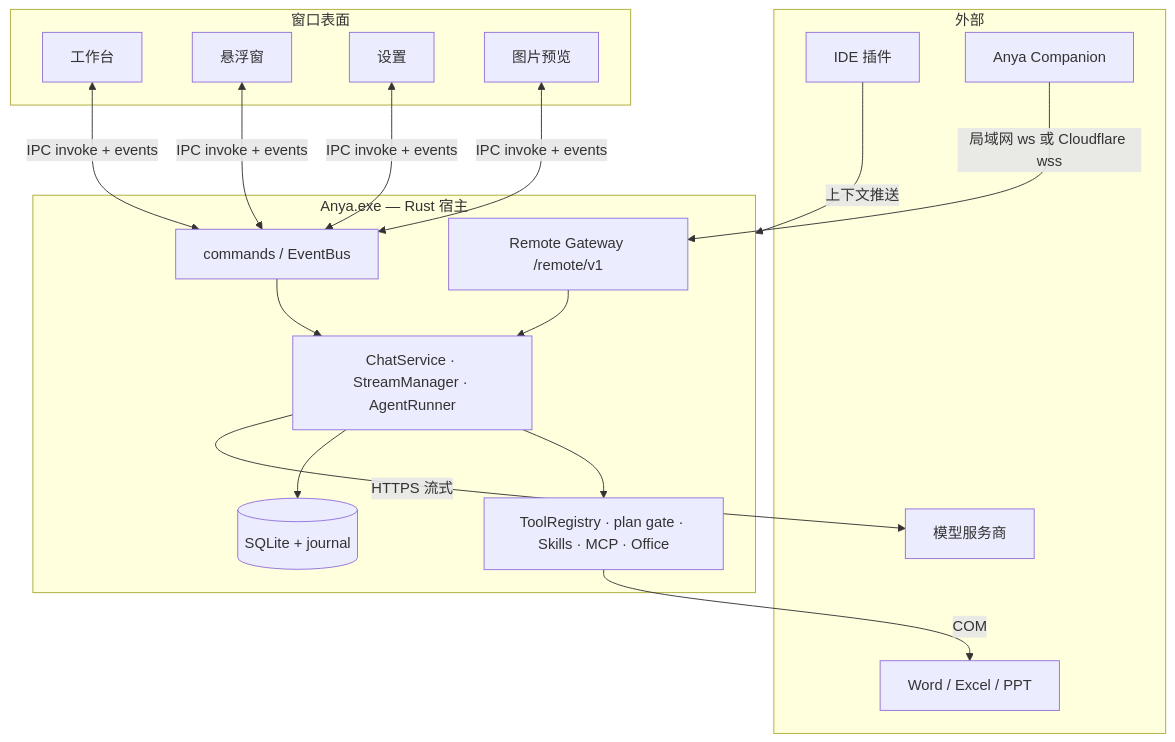
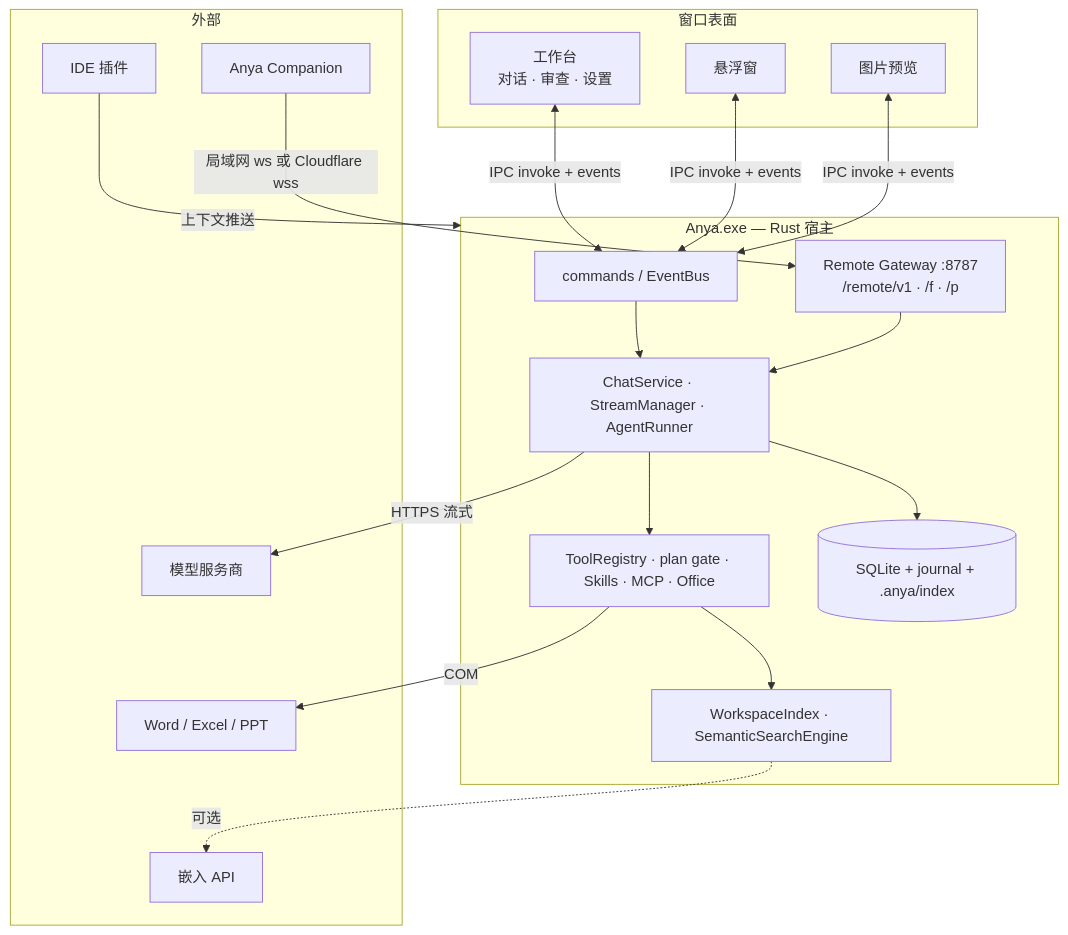
The second of 2 diagrams in README.zh-CN.md (rururunu/Anya), drawn with Mermaid before and after one commit. The commit also changed other lines of this file and 86 other files, not shown here.

````diff
--- a/README.zh-CN.md
+++ b/README.zh-CN.md
@@ -215,34 +218,37 @@
 ```mermaid
 flowchart TB
   subgraph Surfaces["窗口表面"]
-    WB[工作台]
+    WB["工作台<br/>对话 · 审查 · 设置"]
     OV[悬浮窗]
-    ST[设置]
     PV[图片预览]
   end
 
   subgraph Host["Anya.exe — Rust 宿主"]
     CMD[commands / EventBus]
     CHAT[ChatService · StreamManager · AgentRunner]
     TOOLS[ToolRegistry · plan gate · Skills · MCP · Office]
-    GW[Remote Gateway /remote/v1]
-    STORE[(SQLite + journal)]
+    RAG[WorkspaceIndex · SemanticSearchEngine]
+    GW["Remote Gateway :8787<br/>/remote/v1 · /f · /p"]
+    STORE[(SQLite + journal + .anya/index)]
   end
 
   subgraph External["外部"]
     LLM[模型服务商]
+    EMB[嵌入 API]
     IDE[IDE 插件]
     OFFICE[Word / Excel / PPT]
     PH[Anya Companion]
   end
 
-  WB & OV & ST & PV <-->|IPC invoke + events| CMD
+  WB & OV & PV <-->|IPC invoke + events| CMD
   CMD --> CHAT
   CHAT --> TOOLS
+  TOOLS --> RAG
+  RAG -.->|可选| EMB
   CHAT --> STORE
   GW --> CHAT
   CHAT -->|HTTPS 流式| LLM
   IDE -->|上下文推送| Host
   TOOLS -->|COM| OFFICE
   PH -->|局域网 ws 或 Cloudflare wss| GW
 ```
````
